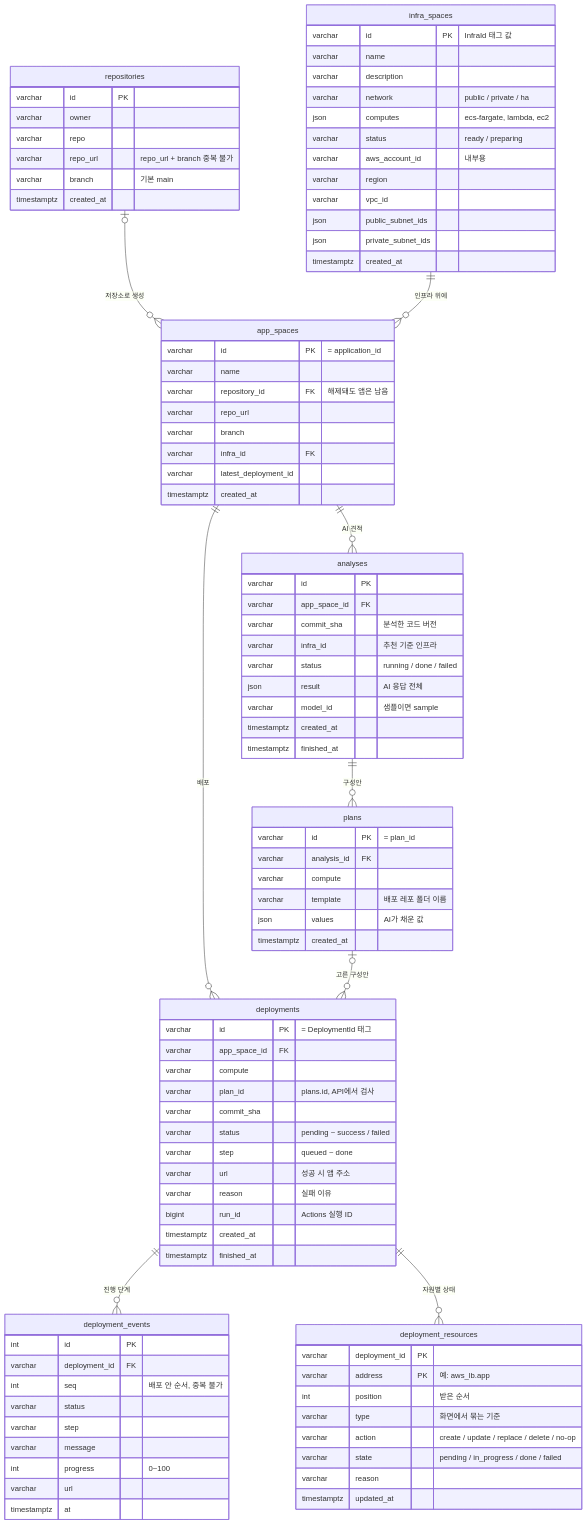
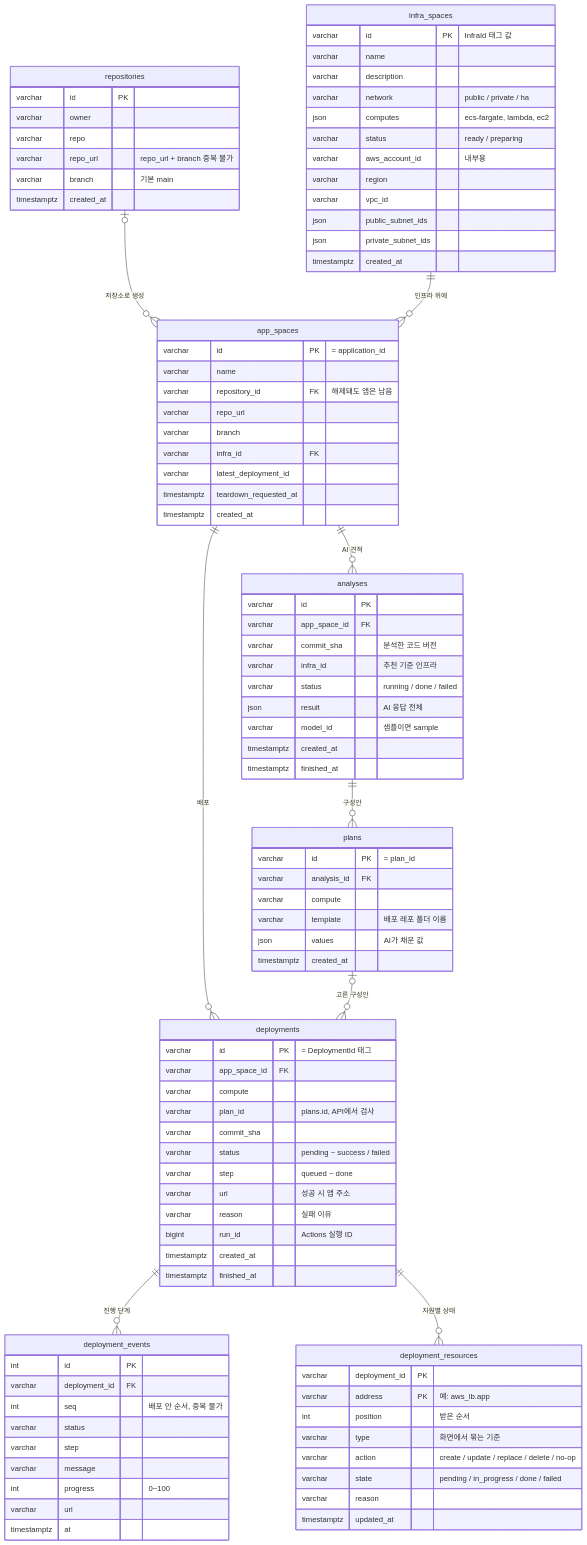
The diagram in docs/erd.md (softbank-hackathon-2026/Freesia-backend), drawn with Mermaid before and after one commit. The commit also changed other lines of this file and 12 other files, not shown here.

```diff
--- a/docs/erd.md
+++ b/docs/erd.md
@@ -47,6 +47,7 @@
         varchar branch
         varchar infra_id FK
         varchar latest_deployment_id
+        timestamptz teardown_requested_at
         timestamptz created_at
     }
 
```
